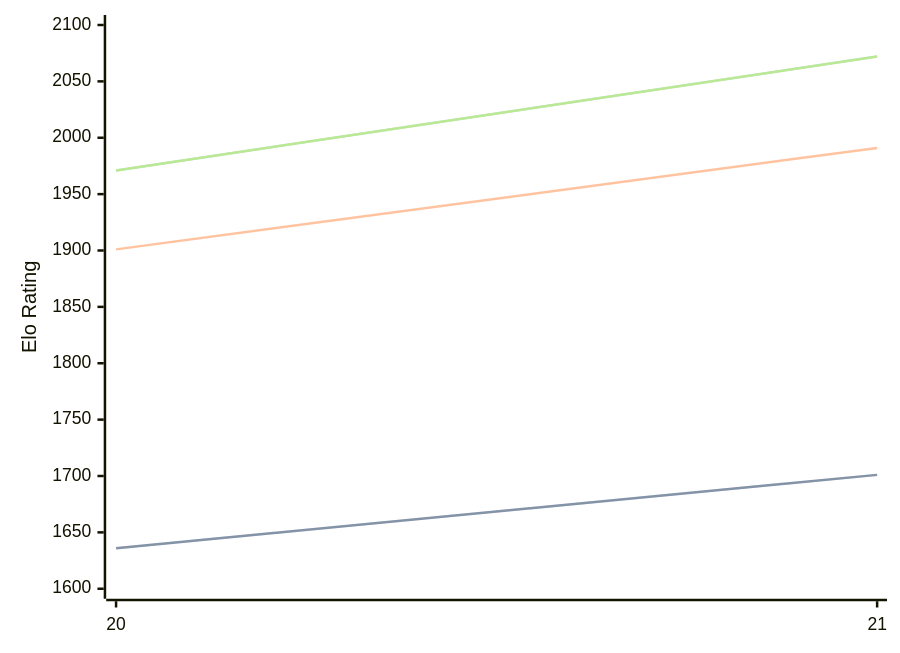
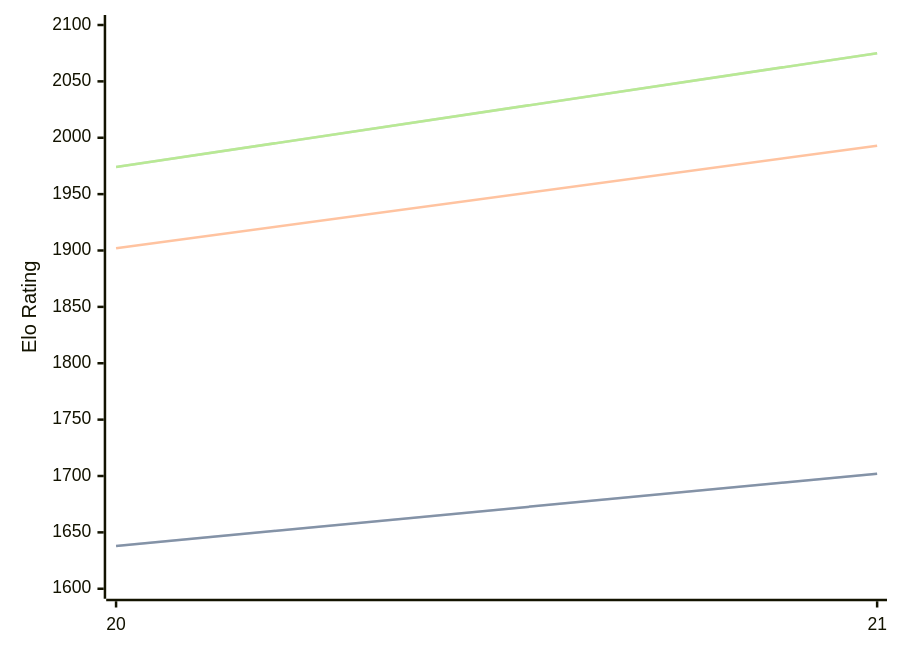
The diagram in engines/PurplePanda.md (computer-chess-index/cci), drawn with Mermaid before and after one commit. The commit also changed other lines of this file, not shown here.

Commit message:
Update CCI Ratings (ELO VLTC) - 2026-08-09

````diff
--- a/engines/PurplePanda.md
+++ b/engines/PurplePanda.md
@@ -32,11 +32,11 @@
 ```mermaid
 %%{init: {"theme":"base","themeVariables":{"seriesColors:['#a3a3a3','#222221','#faa371']}}}%%
 xychart-beta
   x-axis ["20", "21"]
   y-axis "Elo Rating" 1600 --> 2100
-  line "STC (8.0+0.08s)" [1636, 1701]
-  line "STC (8.0+0.08s)" [1636, 1701]
-  line "LTC (60.0+0.60s)" [1901, 1991]
-  line "VLTC (2m24s+1.12s)" [1971, 2072]
-  line "VLTC (2m24s+1.12s)" [1971, 2072]
+  line "STC (8.0+0.08s)" [1638, 1702]
+  line "STC (8.0+0.08s)" [1638, 1702]
+  line "LTC (60.0+0.60s)" [1902, 1993]
+  line "VLTC (2m24s+1.12s)" [1974, 2075]
+  line "VLTC (2m24s+1.12s)" [1974, 2075]
 ```
````
